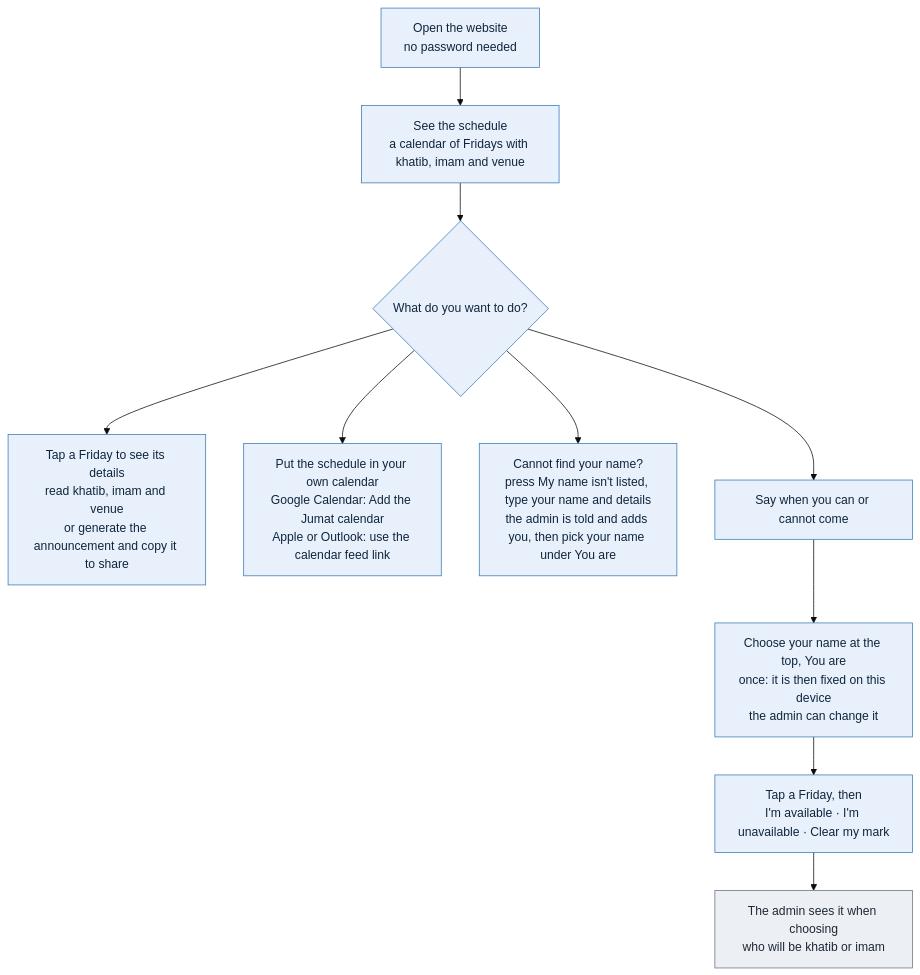
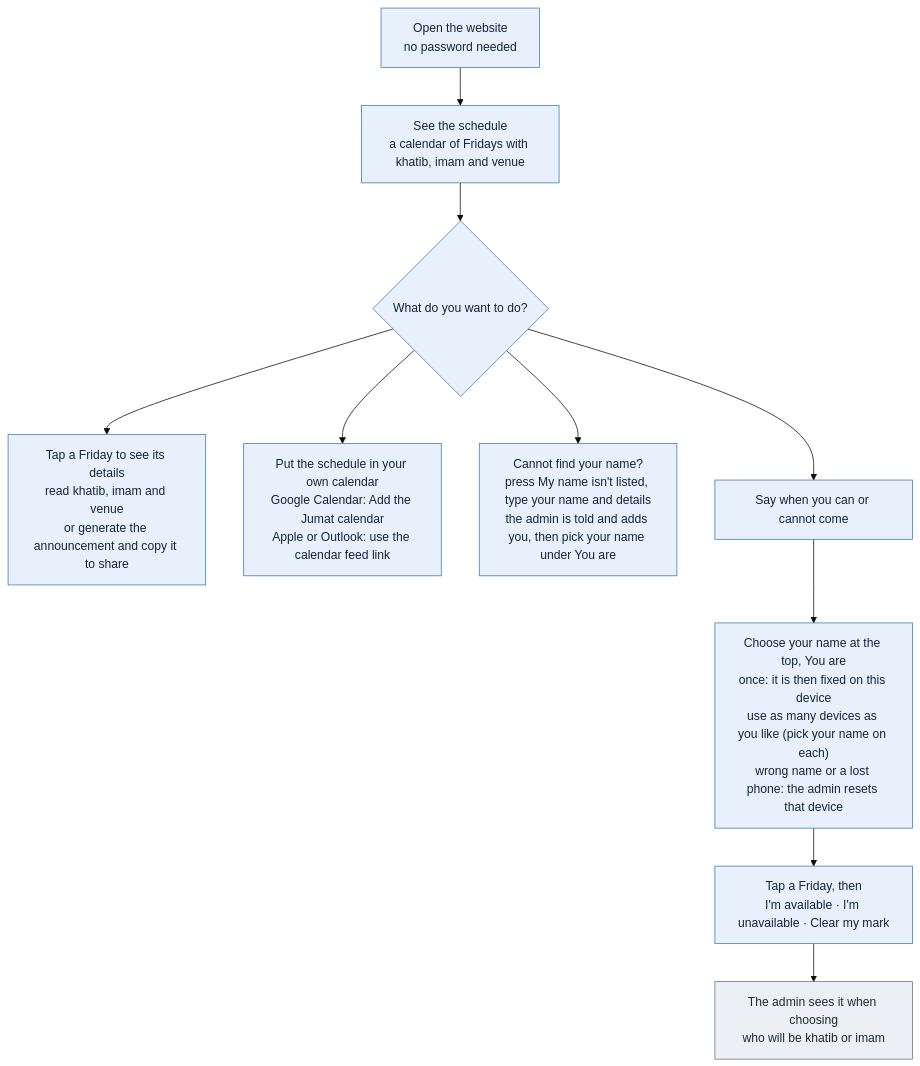
The diagram in public/flows/member.mmd (mushaffarasyidridha/Jumat-Scheduler-NAIST), drawn with Mermaid (base theme) before and after one commit. The commit also changed 14 other files, not shown here.

First line of the commit message:
Name lock: the server remembers each device so the admin can reset it

```diff
--- a/public/flows/member.mmd
+++ b/public/flows/member.mmd
@@ -1,16 +1,16 @@
 flowchart TD
   A["Open the website<br/>no password needed"] --> B["See the schedule<br/>a calendar of Fridays with khatib, imam and venue"]
   B --> C{"What do you want to do?"}
 
   C --> D["Tap a Friday to see its details<br/>read khatib, imam and venue<br/>or generate the announcement and copy it to share"]
   C --> E["Put the schedule in your own calendar<br/>Google Calendar: Add the Jumat calendar<br/>Apple or Outlook: use the calendar feed link"]
   C --> N["Cannot find your name?<br/>press My name isn't listed, type your name and details<br/>the admin is told and adds you, then pick your name under You are"]
   C --> F["Say when you can or cannot come"]
-  F --> F1["Choose your name at the top, You are<br/>once: it is then fixed on this device<br/>the admin can change it"]
+  F --> F1["Choose your name at the top, You are<br/>once: it is then fixed on this device<br/>use as many devices as you like (pick your name on each)<br/>wrong name or a lost phone: the admin resets that device"]
   F1 --> F2["Tap a Friday, then<br/>I'm available · I'm unavailable · Clear my mark"]
   F2 --> F3["The admin sees it when choosing<br/>who will be khatib or imam"]
 
   classDef member fill:#e8f1fb,stroke:#3b78b8,color:#10253d
   classDef robot fill:#eceff3,stroke:#6b7280,color:#1f2937
   class A,B,C,D,E,F,F1,F2,N member
   class F3 robot
```
